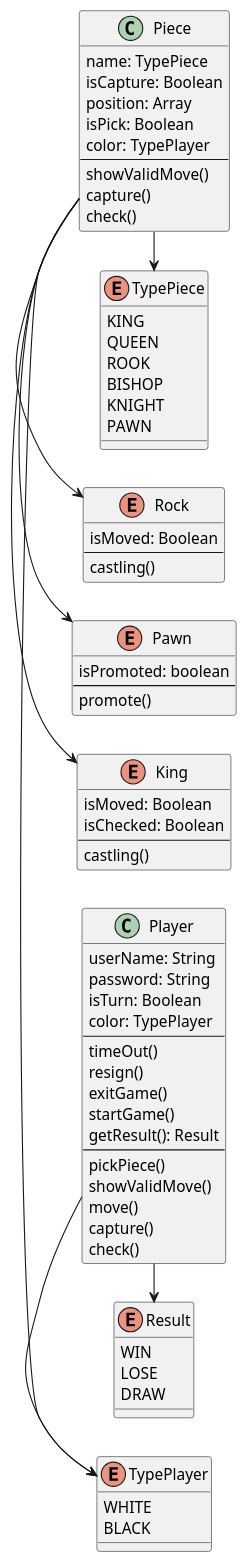
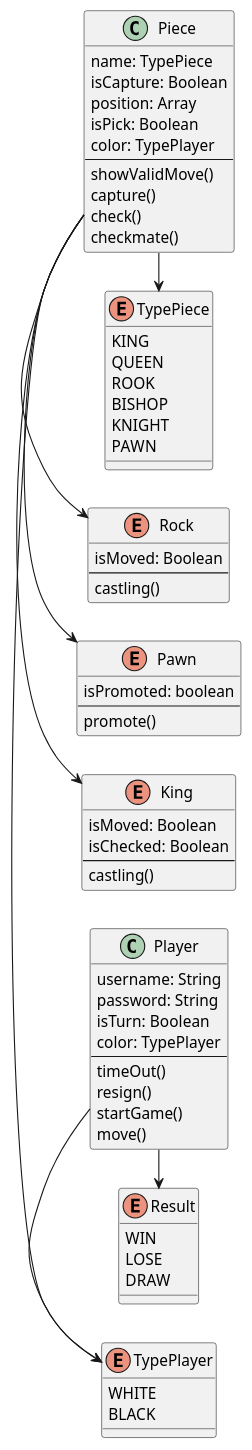
One commit to kieutridang/set2023 changed the diagram in team1/chessGame/docs/classDiagrams/classDiagram.plantuml. Above: the diagram before and after it, drawn with PlantUML. The commit also changed 1 other file, not shown here.

Commit message:
update class and usecase diagrams

```diff
--- a/team1/chessGame/docs/classDiagrams/classDiagram.plantuml
+++ b/team1/chessGame/docs/classDiagrams/classDiagram.plantuml
@@ -1,87 +1,77 @@
 @startuml chess
 
 left to right direction
 enum TypePiece {
   KING
   QUEEN
   ROOK
   BISHOP
   KNIGHT
   PAWN
 }
 
 enum Pawn {
     isPromoted: boolean
     --
     promote()
 }
 
 enum Rock {
     isMoved: Boolean
     --
     castling()
 }
-
-
 
 enum King {
     isMoved: Boolean
     isChecked: Boolean
     --
     castling()
 }
 
 enum TypePlayer {
     WHITE
     BLACK
 }
 
 enum Result {
     WIN
     LOSE
     DRAW
 }
 
 class Piece {
     name: TypePiece
     isCapture: Boolean
     position: Array
     isPick: Boolean
     color: TypePlayer
     --
     showValidMove()
     capture()
     check()
+    checkmate()
 }
 
 class Player {
-    userName: String
+    username: String
     password: String
     isTurn: Boolean
     color: TypePlayer
     --
     timeOut()
     resign()
-    exitGame()
     startGame()
-    getResult(): Result
-    --
-    pickPiece()
-    showValidMove()
+    ' getResult(): Result
     move()
-    capture()
-    check()
 }
-
-
 
 Piece -> King
 Piece -> Pawn
 Piece -> Rock
 Piece -> TypePiece
 Piece -> TypePlayer
 Player -> TypePlayer
 Player -> Result
 
-
 @enduml
```
